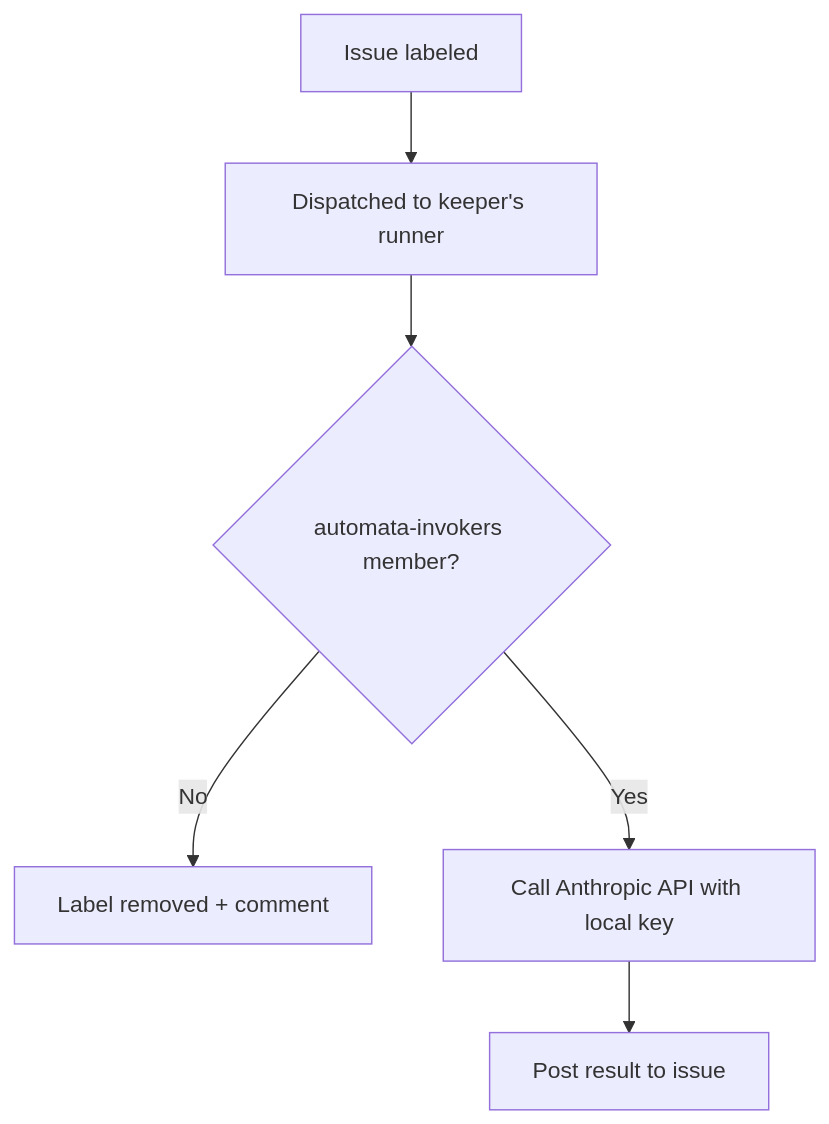
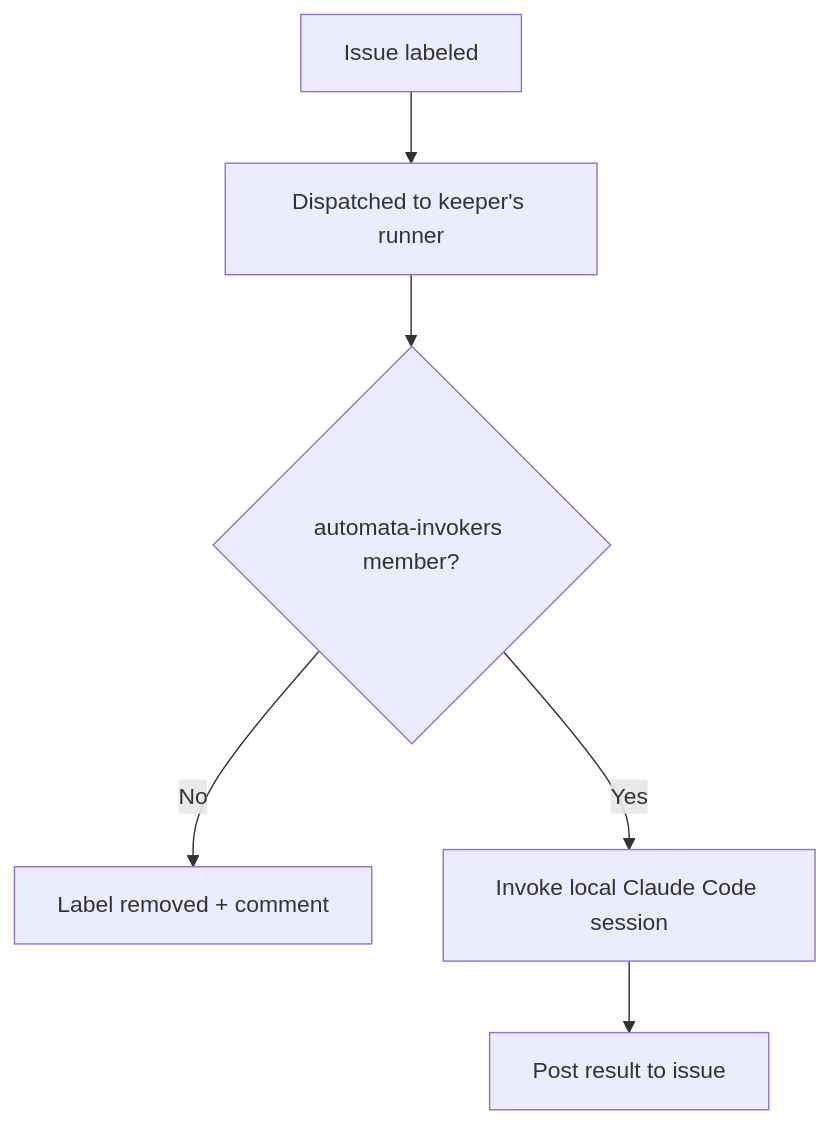
One commit to MockaSort-Studio/hall-of-automata changed the second of 2 diagrams in codex/design-options.md. Above: the diagram before and after it, drawn with Mermaid. The commit also changed other lines of this file and 14 other files, not shown here.

````diff
--- a/codex/design-options.md
+++ b/codex/design-options.md
@@ -56,8 +61,8 @@
 ```mermaid
 flowchart TD
     A[Issue labeled] --> B[Dispatched to keeper's runner]
     B --> C{automata-invokers member?}
     C -- No --> D[Label removed + comment]
-    C -- Yes --> E[Call Anthropic API with local key]
+    C -- Yes --> E[Invoke local Claude Code session]
     E --> F[Post result to issue]
 ```
````
